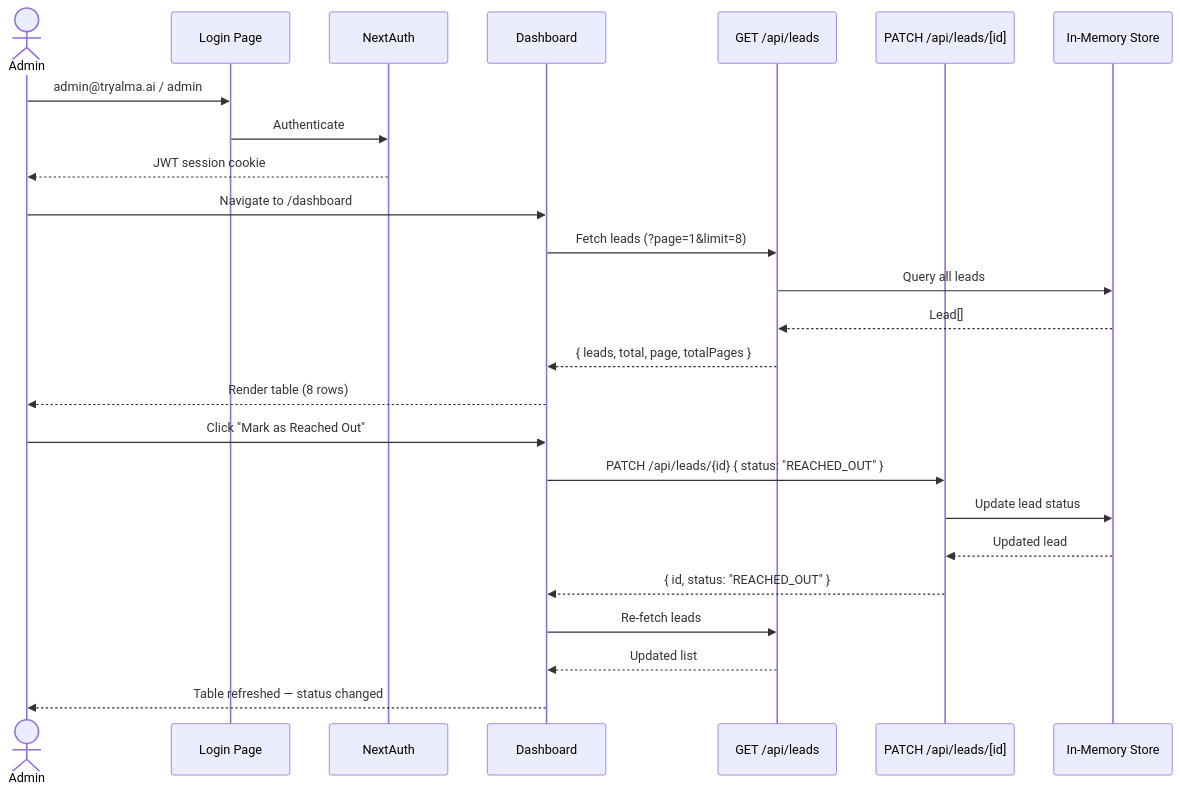
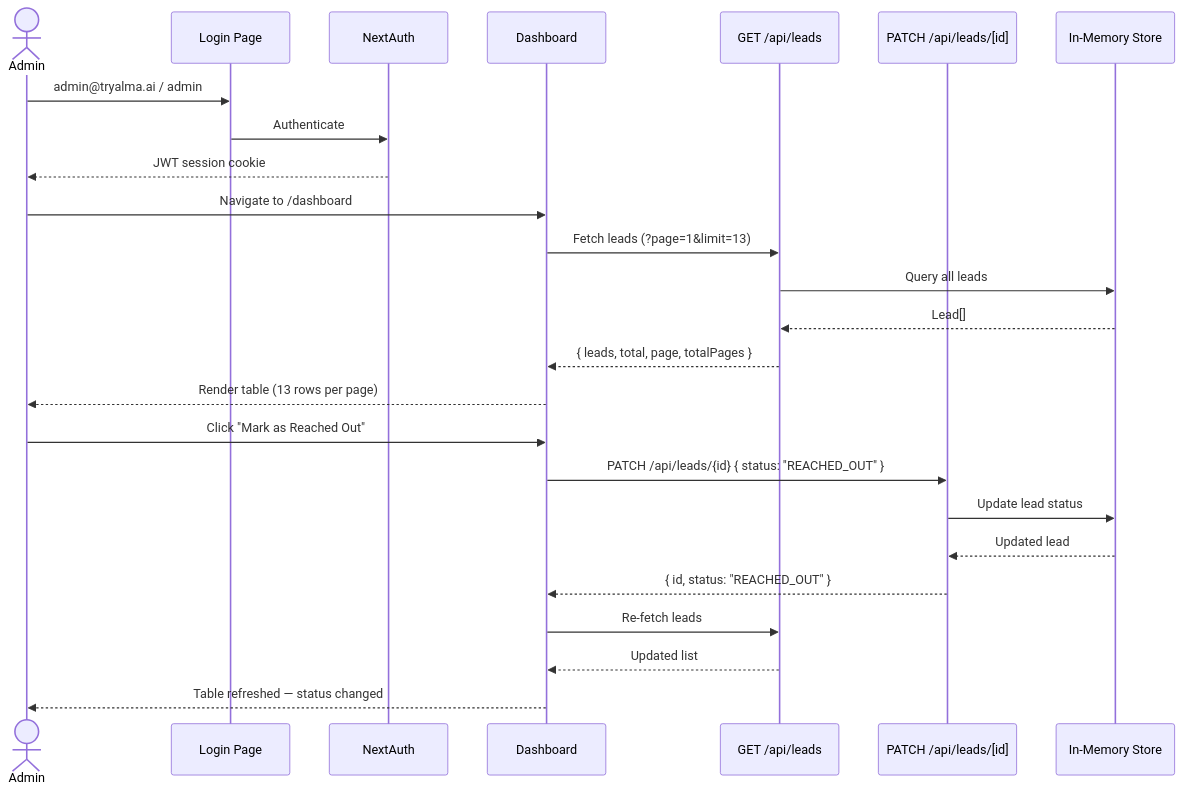
The third of 3 diagrams in DESIGN.md (kimo/alma-take-home-assignment), drawn with Mermaid before and after one commit. The commit also changed other lines of this file and 11 other files, not shown here.

````diff
--- a/DESIGN.md
+++ b/DESIGN.md
@@ -96,30 +107,30 @@
 ```mermaid
 sequenceDiagram
     actor Admin
     participant Login as Login Page
     participant Auth as NextAuth
     participant Dash as Dashboard
     participant GET as GET /api/leads
     participant PATCH as PATCH /api/leads/[id]
     participant Store as In-Memory Store
 
     Admin->>Login: admin@tryalma.ai / admin
     Login->>Auth: Authenticate
     Auth-->>Admin: JWT session cookie
 
     Admin->>Dash: Navigate to /dashboard
-    Dash->>GET: Fetch leads (?page=1&limit=8)
+    Dash->>GET: Fetch leads (?page=1&limit=13)
     GET->>Store: Query all leads
     Store-->>GET: Lead[]
     GET-->>Dash: { leads, total, page, totalPages }
-    Dash-->>Admin: Render table (8 rows)
+    Dash-->>Admin: Render table (13 rows per page)
 
     Admin->>Dash: Click "Mark as Reached Out"
     Dash->>PATCH: PATCH /api/leads/{id} { status: "REACHED_OUT" }
     PATCH->>Store: Update lead status
     Store-->>PATCH: Updated lead
     PATCH-->>Dash: { id, status: "REACHED_OUT" }
     Dash->>GET: Re-fetch leads
     GET-->>Dash: Updated list
     Dash-->>Admin: Table refreshed — status changed
 ```
````
